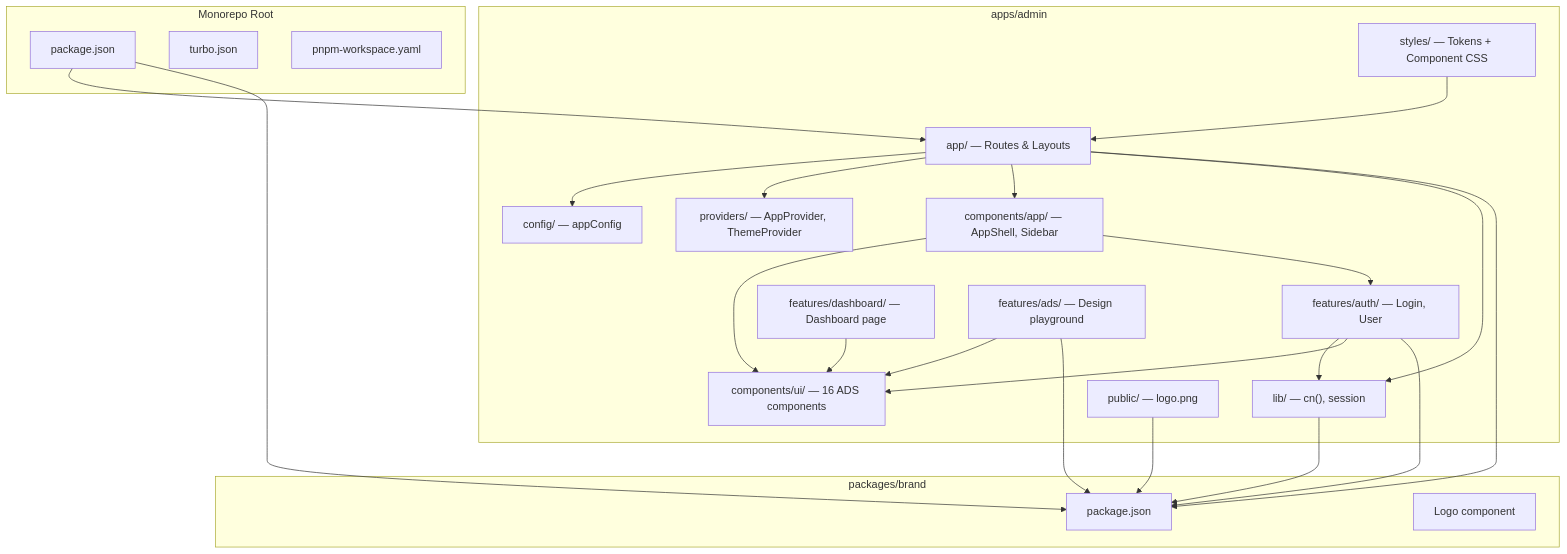
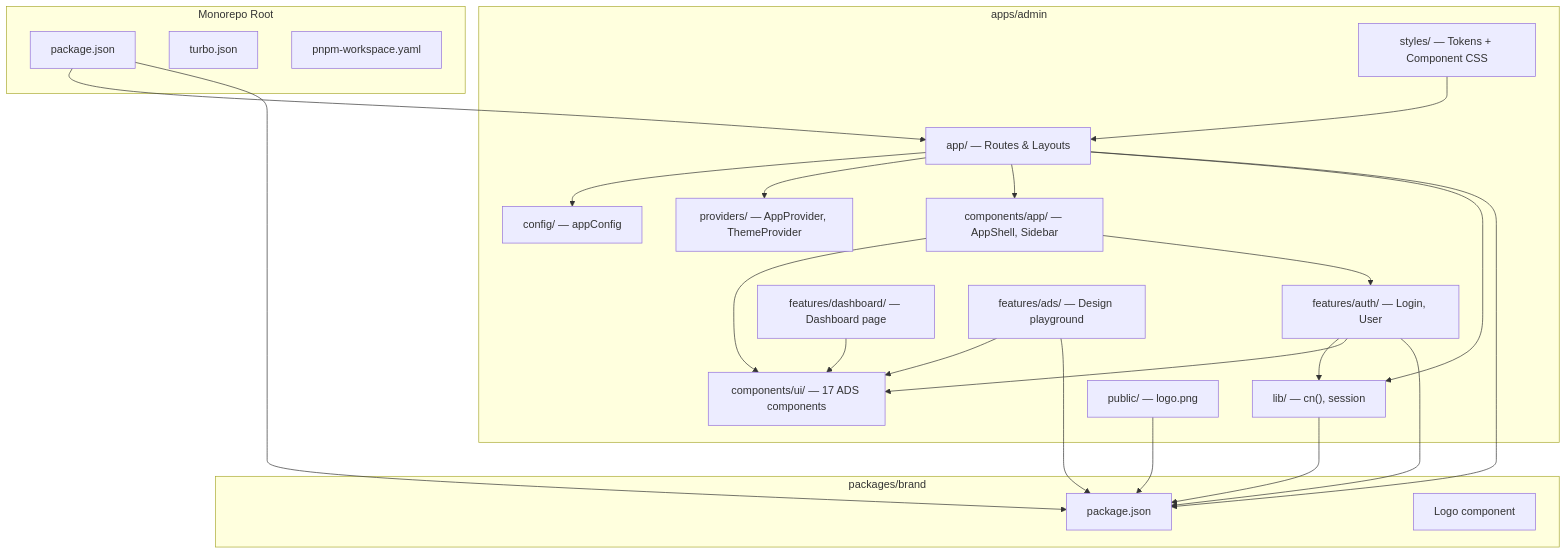
One commit to fuadrifki/almaarif-jambi-plus changed the ninth of 11 diagrams in .ai/ARCHITECTURE.md. Above: the diagram before and after it, drawn with Mermaid. The commit also changed other lines of this file and 12 other files, not shown here.

````diff
--- a/.ai/ARCHITECTURE.md
+++ b/.ai/ARCHITECTURE.md
@@ -863,52 +865,52 @@
 ```mermaid
 graph TD
     subgraph "Monorepo Root"
         ROOT_PKG["package.json"]
         TURBO["turbo.json"]
         WORKSPACE["pnpm-workspace.yaml"]
     end
 
     subgraph "apps/admin"
         APP["app/ — Routes & Layouts"]
         CONFIG["config/ — appConfig"]
         PROVIDERS["providers/ — AppProvider, ThemeProvider"]
-        COMP_UI["components/ui/ — 16 ADS components"]
+        COMP_UI["components/ui/ — 17 ADS components"]
         COMP_APP["components/app/ — AppShell, Sidebar"]
         FEAT_AUTH["features/auth/ — Login, User"]
         FEAT_DASH["features/dashboard/ — Dashboard page"]
         FEAT_ADS["features/ads/ — Design playground"]
         LIB["lib/ — cn(), session"]
         STYLES["styles/ — Tokens + Component CSS"]
         PUBLIC["public/ — logo.png"]
     end
 
     subgraph "packages/brand"
         BRAND_PKG["package.json"]
         LOGO["Logo component"]
     end
 
     ROOT_PKG --> APP
     ROOT_PKG --> BRAND_PKG
 
     APP --> CONFIG
     APP --> PROVIDERS
     APP --> COMP_APP
     APP --> LIB
 
     COMP_APP --> COMP_UI
     COMP_APP --> FEAT_AUTH
 
     FEAT_AUTH --> LIB
     FEAT_AUTH --> COMP_UI
 
     FEAT_DASH --> COMP_UI
     FEAT_ADS --> COMP_UI
 
     LIB --> BRAND_PKG
     APP --> BRAND_PKG
     FEAT_AUTH --> BRAND_PKG
     FEAT_ADS --> BRAND_PKG
 
     STYLES --> APP
     PUBLIC --> BRAND_PKG
 ```
````
